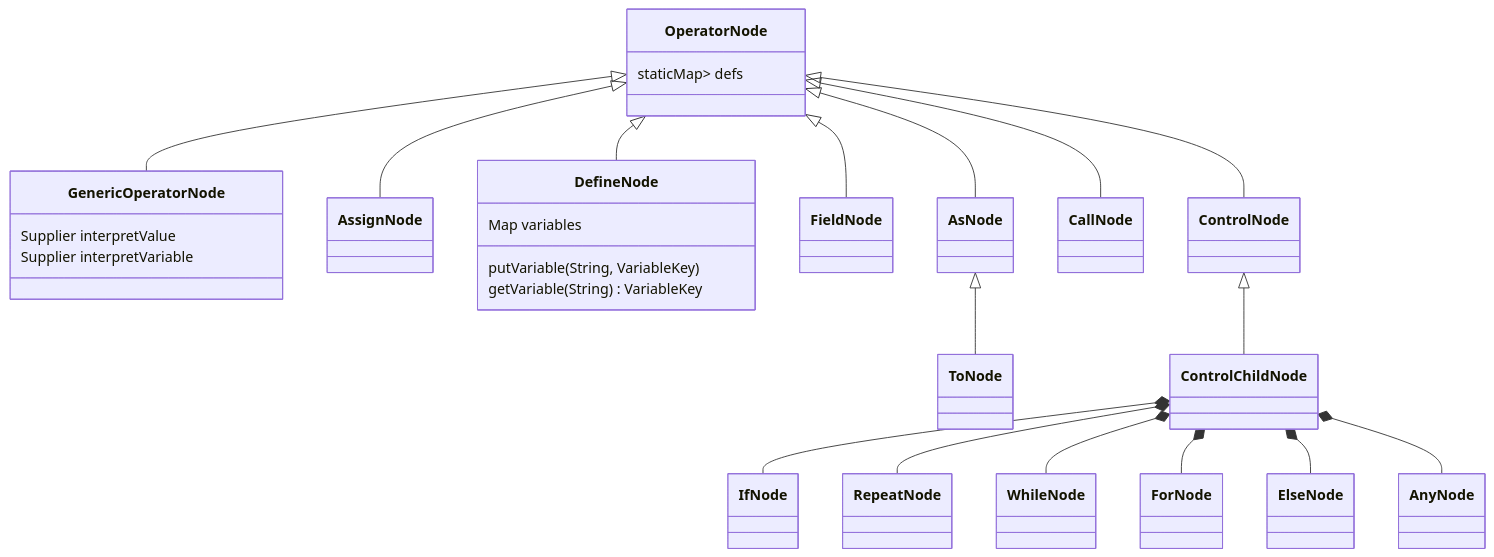
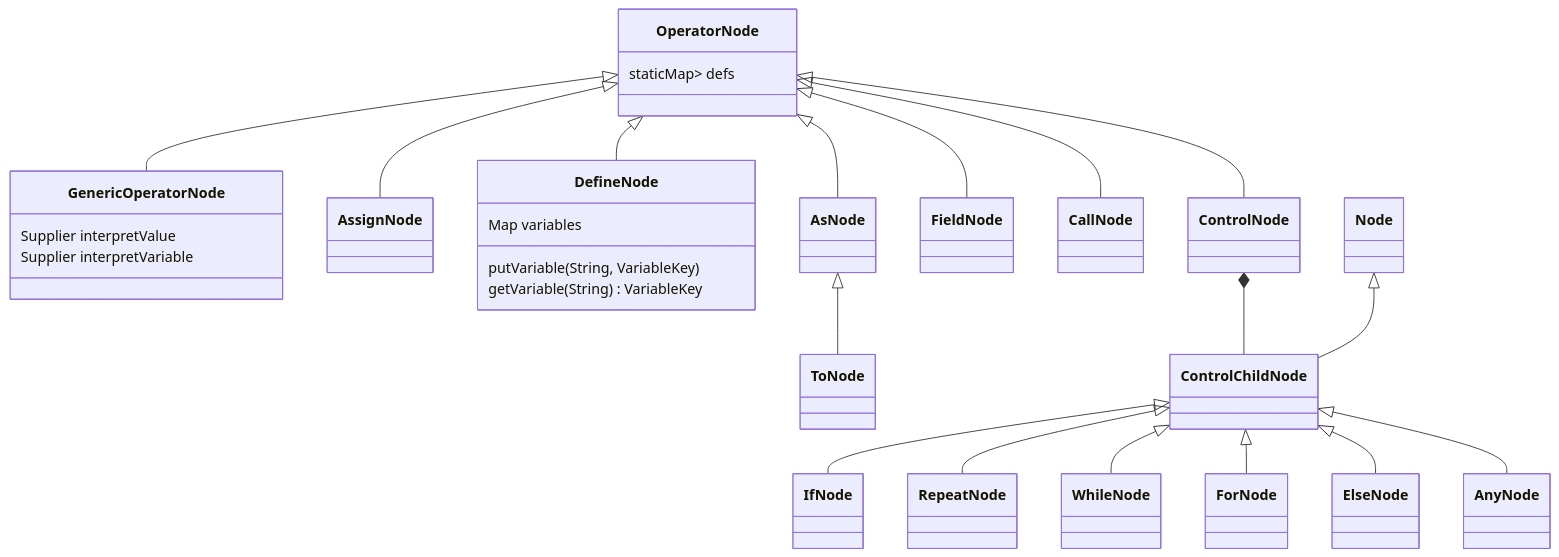
One commit to Jzhyang1/Monomer changed the third of 5 diagrams in Implementation.md. Above: the diagram before and after it, drawn with Mermaid. The commit also changed other lines of this file, not shown here.

Commit message:
Implementation.md updated from https://stackedit.io/

````diff
--- a/Implementation.md
+++ b/Implementation.md
@@ -150,27 +150,28 @@
 ```mermaid
 classDiagram
 OperatorNode <|-- GenericOperatorNode
 OperatorNode <|-- AssignNode
 OperatorNode <|-- DefineNode
-OperatorNode <|-- FieldNode
 OperatorNode <|-- AsNode
 AsNode <|-- ToNode
+OperatorNode <|-- FieldNode
 OperatorNode <|-- CallNode
 OperatorNode <|-- ControlNode
-ControlNode <|-- ControlChildNode
-ControlChildNode *-- IfNode
-ControlChildNode *-- RepeatNode
-ControlChildNode *-- WhileNode
-ControlChildNode *-- ForNode
-ControlChildNode *-- ElseNode
-ControlChildNode *-- AnyNode
+ControlNode *-- ControlChildNode
+Node <|-- ControlChildNode
+ControlChildNode <|-- IfNode
+ControlChildNode <|-- RepeatNode
+ControlChildNode <|-- WhileNode
+ControlChildNode <|-- ForNode
+ControlChildNode <|-- ElseNode
+ControlChildNode <|-- AnyNode
 
 OperatorNode: staticMap<String,Supplier<OperatorNode>> defs
 
 GenericOperatorNode: Supplier<InterpretValue> interpretValue
 GenericOperatorNode: Supplier<InterpretVariable> interpretVariable
 
 DefineNode: Map<String,VariableKey> variables
 DefineNode: putVariable(String, VariableKey)
 DefineNode: getVariable(String) VariableKey
 ```
````
